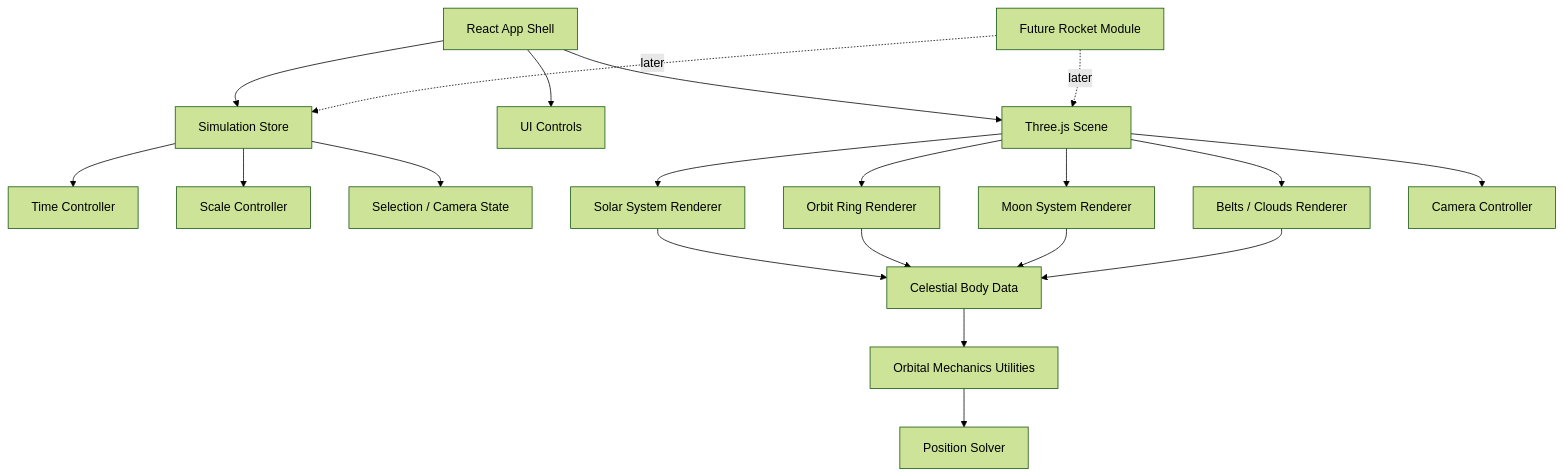
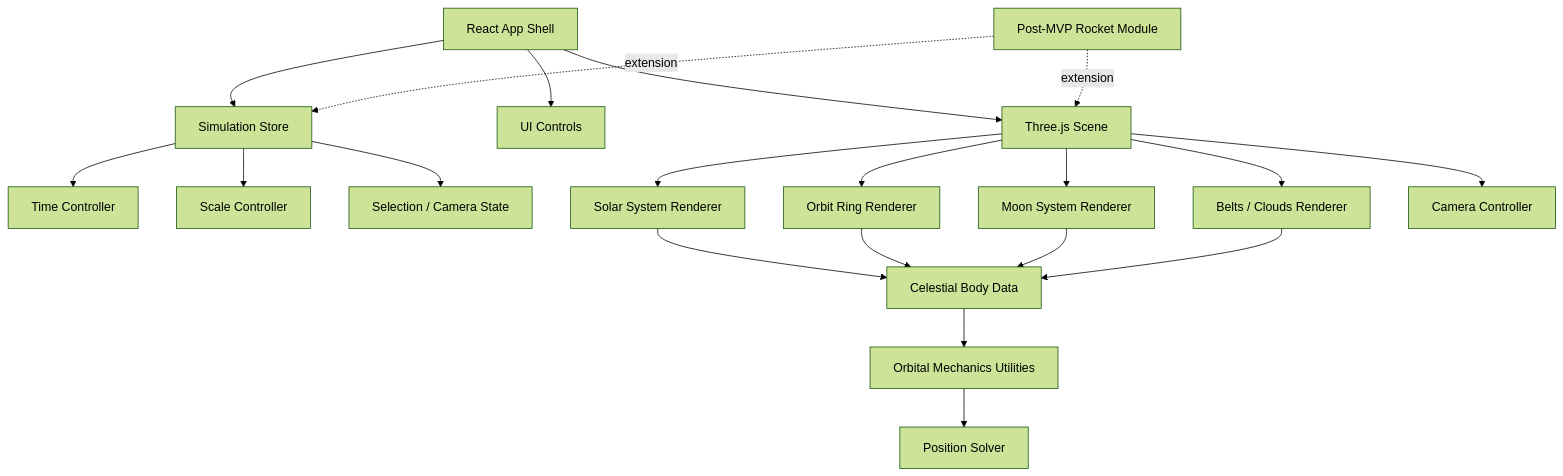
Before and after one commit to Akshin0906/solar-system-sim-design: the diagram in DESIGN.md, drawn with Mermaid (forest theme). The commit also changed other lines of this file and 89 other files, not shown here.

````diff
--- a/DESIGN.md
+++ b/DESIGN.md
@@ -62,27 +68,27 @@
 ```mermaid
 flowchart TD
   A["React App Shell"] --> B["Simulation Store"]
   A --> C["UI Controls"]
   A --> D["Three.js Scene"]
 
   B --> E["Time Controller"]
   B --> F["Scale Controller"]
   B --> G["Selection / Camera State"]
 
   D --> H["Solar System Renderer"]
   D --> I["Orbit Ring Renderer"]
   D --> J["Moon System Renderer"]
   D --> K["Belts / Clouds Renderer"]
   D --> L["Camera Controller"]
 
   H --> M["Celestial Body Data"]
   I --> M
   J --> M
   K --> M
 
   M --> N["Orbital Mechanics Utilities"]
   N --> O["Position Solver"]
 
-  P["Future Rocket Module"] -. later .-> B
-  P -. later .-> D
+  P["Post-MVP Rocket Module"] -. extension .-> B
+  P -. extension .-> D
 ```
````
